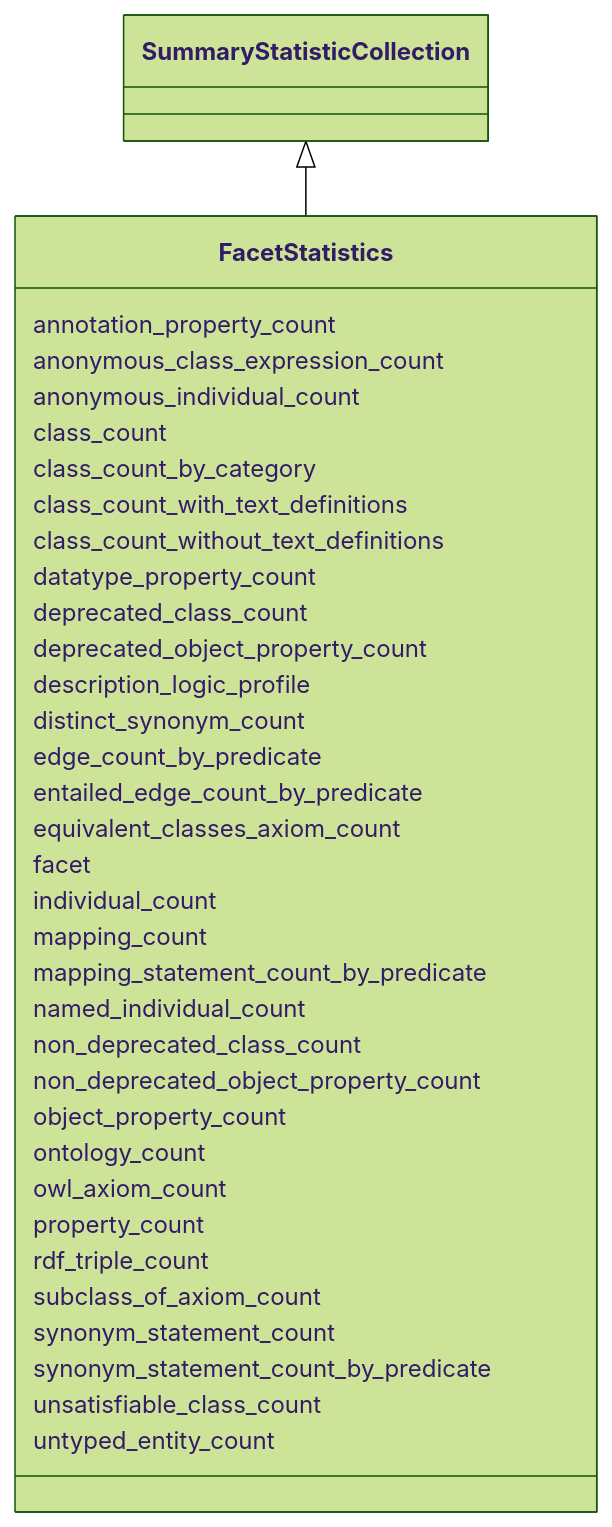
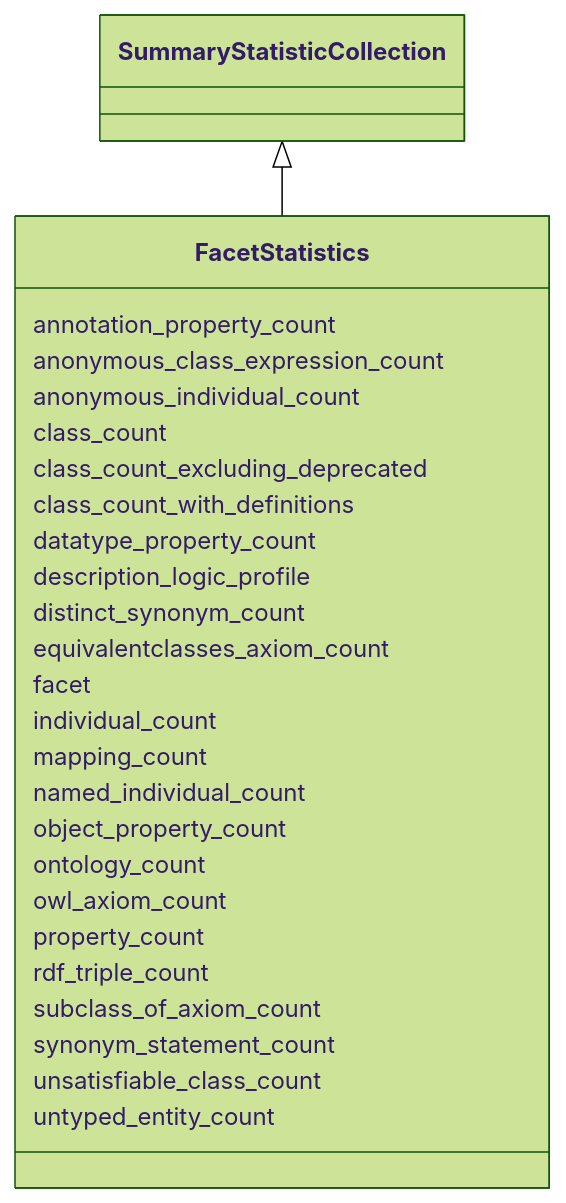
Before and after one commit to INCATools/ontology-access-kit: the diagram in summary-statistics/FacetStatistics.md, drawn with Mermaid (forest theme). The commit also changed other lines of this file and 231 other files, not shown here.

````diff
--- a/summary-statistics/FacetStatistics.md
+++ b/summary-statistics/FacetStatistics.md
@@ -10,39 +13,30 @@
 ```{mermaid}
  classDiagram
-    class FacetStatistics
       SummaryStatisticCollection <|-- FacetStatistics
       
       FacetStatistics : annotation_property_count
       FacetStatistics : anonymous_class_expression_count
       FacetStatistics : anonymous_individual_count
       FacetStatistics : class_count
-      FacetStatistics : class_count_by_category
-      FacetStatistics : class_count_with_text_definitions
-      FacetStatistics : class_count_without_text_definitions
+      FacetStatistics : class_count_excluding_deprecated
+      FacetStatistics : class_count_with_definitions
       FacetStatistics : datatype_property_count
-      FacetStatistics : deprecated_class_count
-      FacetStatistics : deprecated_object_property_count
       FacetStatistics : description_logic_profile
       FacetStatistics : distinct_synonym_count
-      FacetStatistics : edge_count_by_predicate
-      FacetStatistics : entailed_edge_count_by_predicate
-      FacetStatistics : equivalent_classes_axiom_count
+      FacetStatistics : equivalentclasses_axiom_count
       FacetStatistics : facet
       FacetStatistics : individual_count
       FacetStatistics : mapping_count
-      FacetStatistics : mapping_statement_count_by_predicate
       FacetStatistics : named_individual_count
-      FacetStatistics : non_deprecated_class_count
-      FacetStatistics : non_deprecated_object_property_count
       FacetStatistics : object_property_count
       FacetStatistics : ontology_count
       FacetStatistics : owl_axiom_count
       FacetStatistics : property_count
       FacetStatistics : rdf_triple_count
       FacetStatistics : subclass_of_axiom_count
       FacetStatistics : synonym_statement_count
-      FacetStatistics : synonym_statement_count_by_predicate
       FacetStatistics : unsatisfiable_class_count
       FacetStatistics : untyped_entity_count
       
+
 ```
````
